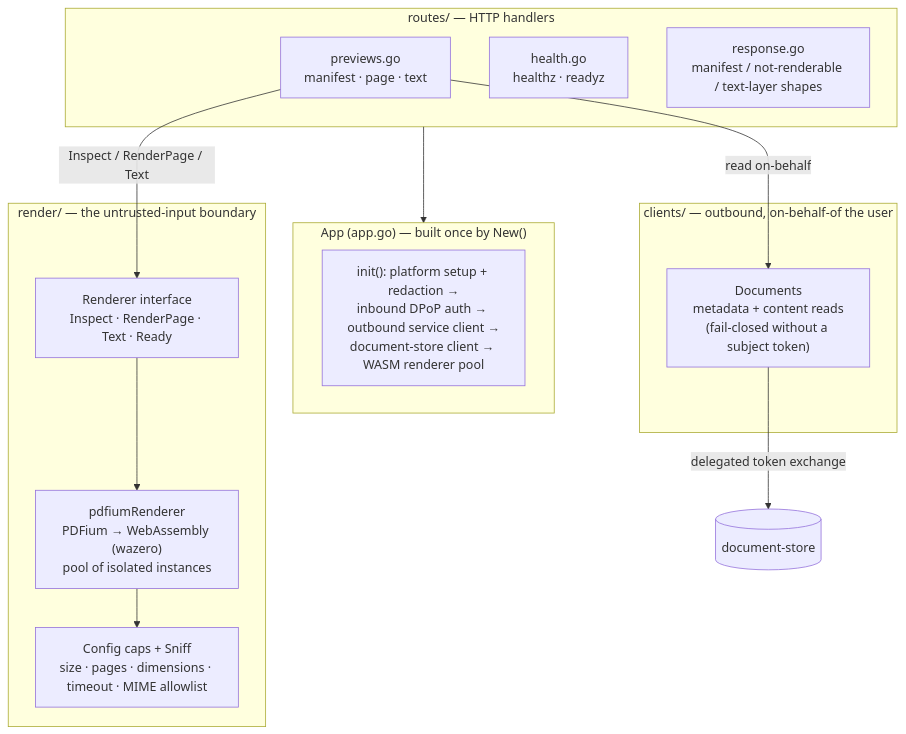
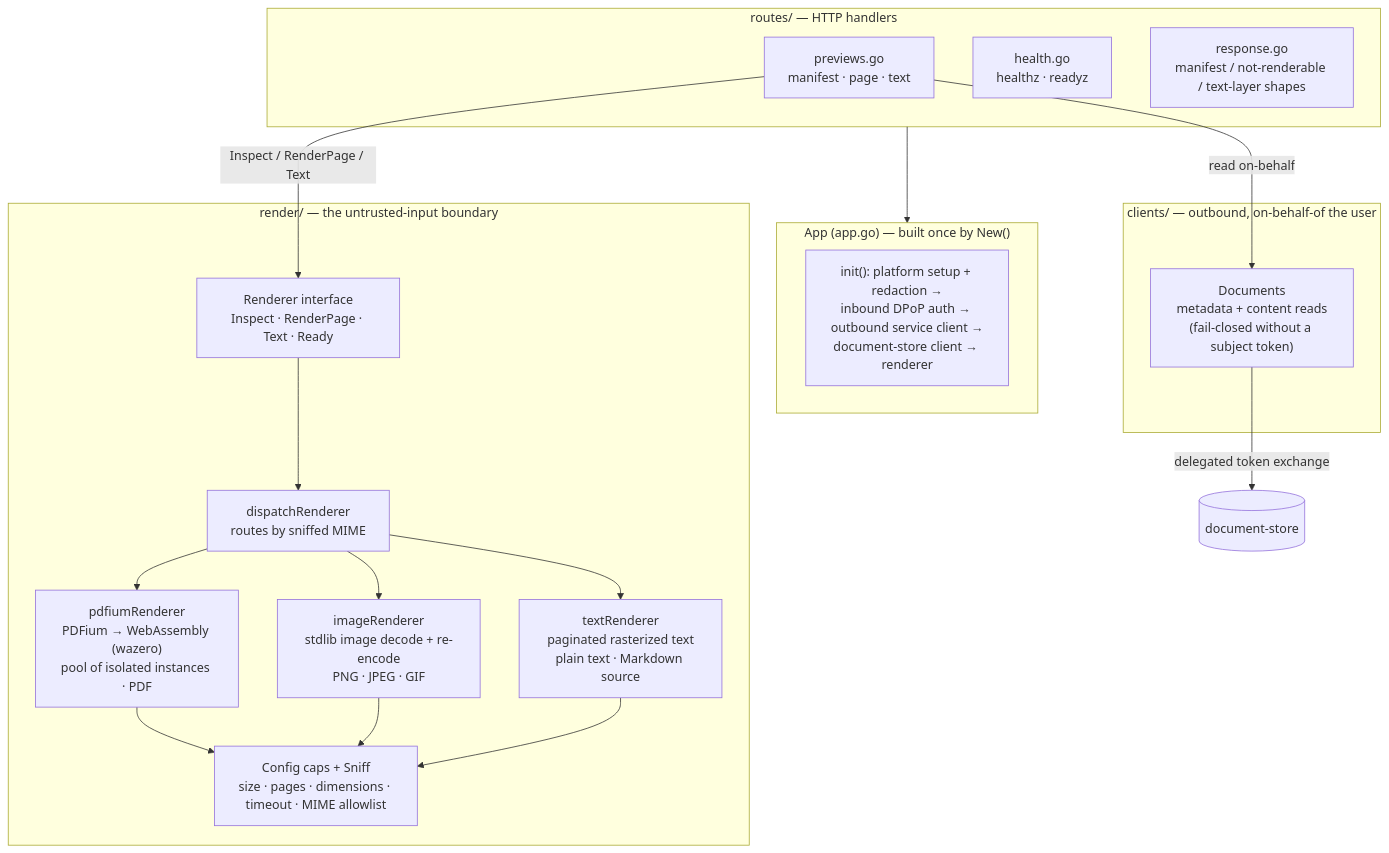
Before and after one commit to go-make-bytes/previewbyte: the second of 3 diagrams in README.md, drawn with Mermaid. The commit also changed other lines of this file and 11 other files, not shown here.

First line of the commit message:
Implement dispatch renderer for handling multiple input formats

````diff
--- a/README.md
+++ b/README.md
@@ -59,29 +59,37 @@
 ```mermaid
 flowchart TB
     subgraph App["App (app.go) — built once by New()"]
-        Init["init(): platform setup + redaction →<br/>inbound DPoP auth → outbound service client →<br/>document-store client → WASM renderer pool"]
+        Init["init(): platform setup + redaction →<br/>inbound DPoP auth → outbound service client →<br/>document-store client → renderer"]
     end
 
     subgraph Routes["routes/ — HTTP handlers"]
         PM["previews.go<br/>manifest · page · text"]
         HP["health.go<br/>healthz · readyz"]
         RS["response.go<br/>manifest / not-renderable / text-layer shapes"]
     end
 
     subgraph Clients["clients/ — outbound, on-behalf-of the user"]
         DOC["Documents<br/>metadata + content reads<br/>(fail-closed without a subject token)"]
     end
 
     subgraph Render["render/ — the untrusted-input boundary"]
         R["Renderer interface<br/>Inspect · RenderPage · Text · Ready"]
-        PDF["pdfiumRenderer<br/>PDFium → WebAssembly (wazero)<br/>pool of isolated instances"]
+        D["dispatchRenderer<br/>routes by sniffed MIME"]
+        PDF["pdfiumRenderer<br/>PDFium → WebAssembly (wazero)<br/>pool of isolated instances · PDF"]
+        IMG["imageRenderer<br/>stdlib image decode + re-encode<br/>PNG · JPEG · GIF"]
+        TXT["textRenderer<br/>paginated rasterized text<br/>plain text · Markdown source"]
         CAPS["Config caps + Sniff<br/>size · pages · dimensions · timeout · MIME allowlist"]
     end
 
     Routes --> App
     PM -- "read on-behalf" --> DOC
     PM -- "Inspect / RenderPage / Text" --> R
-    R --> PDF
+    R --> D
+    D --> PDF
+    D --> IMG
+    D --> TXT
     PDF --> CAPS
+    IMG --> CAPS
+    TXT --> CAPS
     DOC -- "delegated token exchange" --> DS[("document-store")]
 ```
````
